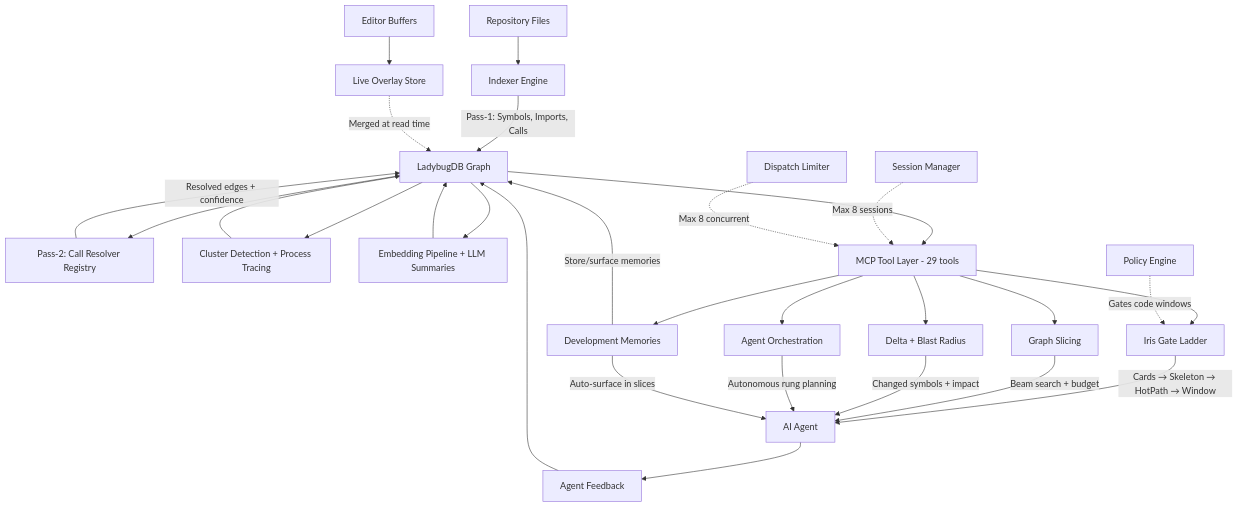
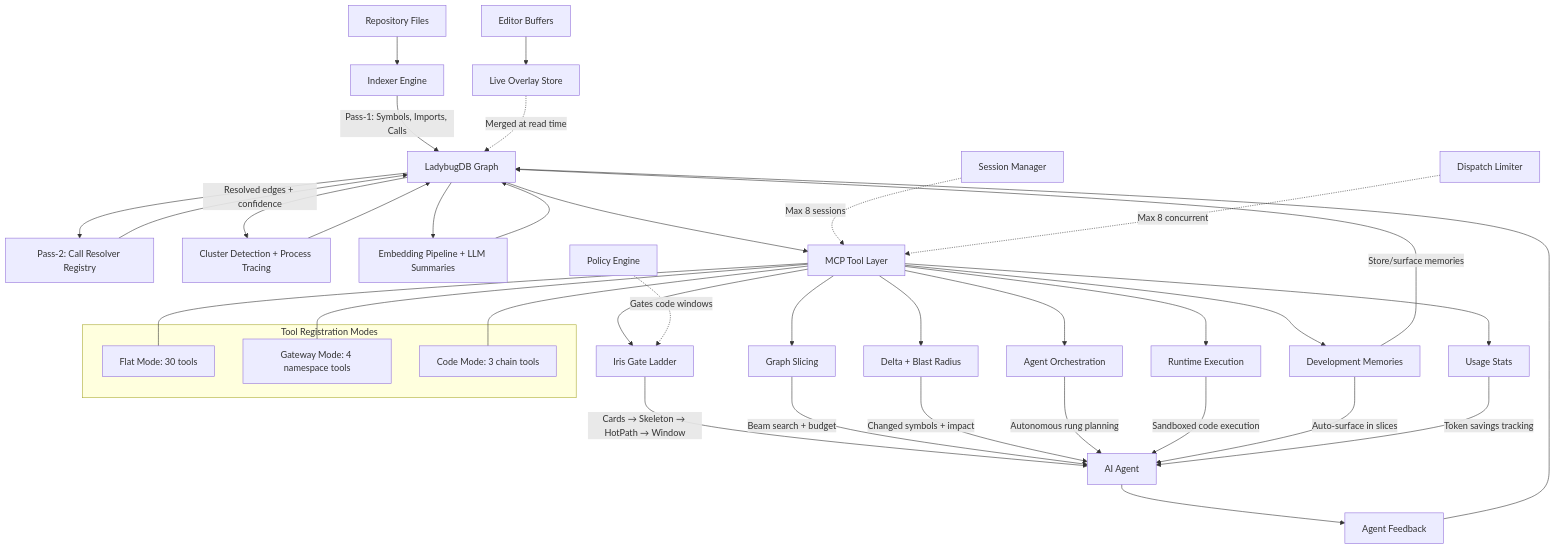
The diagram in docs/architecture.md (GlitterKill/sdl-mcp), drawn with Mermaid before and after one commit. The commit also changed other lines of this file and 43 other files, not shown here.

````diff
--- a/docs/architecture.md
+++ b/docs/architecture.md
@@ -641,42 +676,57 @@
 ```mermaid
 graph TD
     A[Repository Files] --> B[Indexer Engine]
     B --> |Pass-1: Symbols, Imports, Calls| C[LadybugDB Graph]
 
     E[Editor Buffers] --> F[Live Overlay Store]
     F -.-> |Merged at read time| C
 
     C --> G[Pass-2: Call Resolver Registry]
     G --> |Resolved edges + confidence| C
 
     C --> H[Cluster Detection + Process Tracing]
     H --> C
 
     C --> I[Embedding Pipeline + LLM Summaries]
     I --> C
 
-    C --> J[MCP Tool Layer - 29 tools]
+    C --> J[MCP Tool Layer]
+
+    subgraph Tool Registration Modes
+        J1[Flat Mode: 30 tools]
+        J2[Gateway Mode: 4 namespace tools]
+        J3[Code Mode: 3 chain tools]
+    end
+    J --- J1
+    J --- J2
+    J --- J3
 
     J --> K[Iris Gate Ladder]
     K --> |Cards → Skeleton → HotPath → Window| L[AI Agent]
 
     J --> M[Graph Slicing]
     M --> |Beam search + budget| L
 
     J --> N[Delta + Blast Radius]
     N --> |Changed symbols + impact| L
 
     J --> O[Agent Orchestration]
     O --> |Autonomous rung planning| L
 
+    J --> U[Runtime Execution]
+    U --> |Sandboxed code execution| L
+
     L --> P[Agent Feedback]
     P --> C
 
     J --> T[Development Memories]
     T --> |Store/surface memories| C
     T --> |Auto-surface in slices| L
 
+    J --> V[Usage Stats]
+    V --> |Token savings tracking| L
+
     Q[Policy Engine] -.-> |Gates code windows| K
     R[Session Manager] -.-> |Max 8 sessions| J
     S[Dispatch Limiter] -.-> |Max 8 concurrent| J
 ```
````
